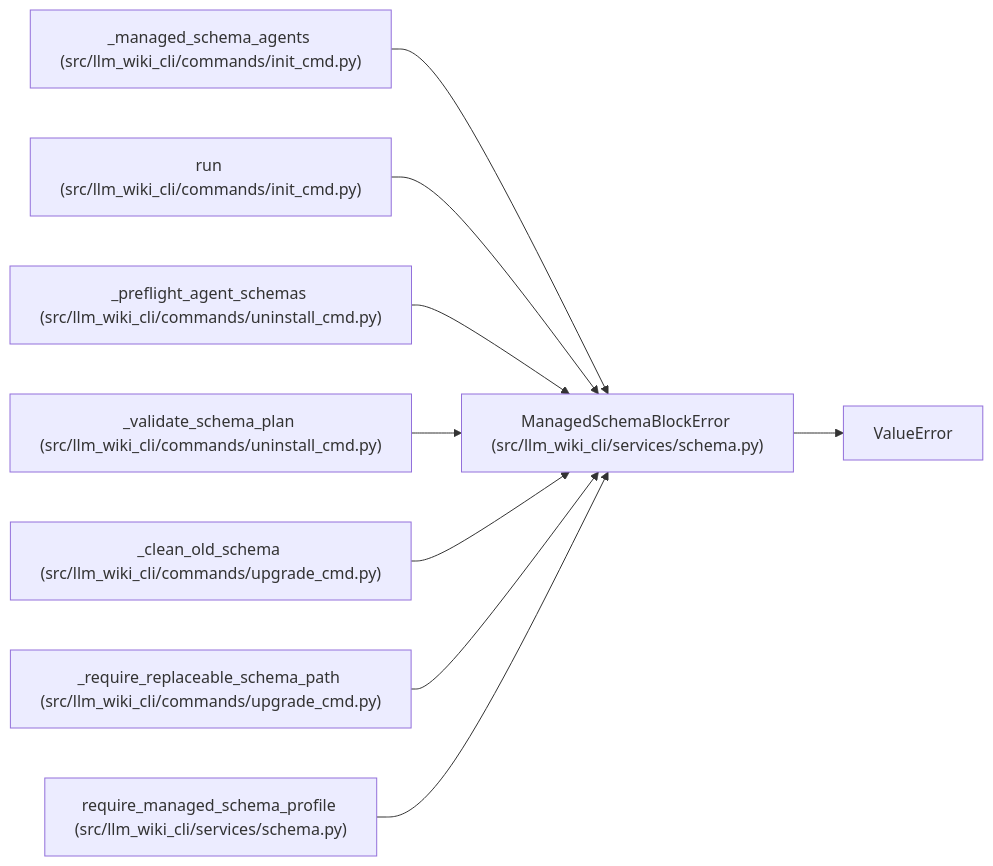
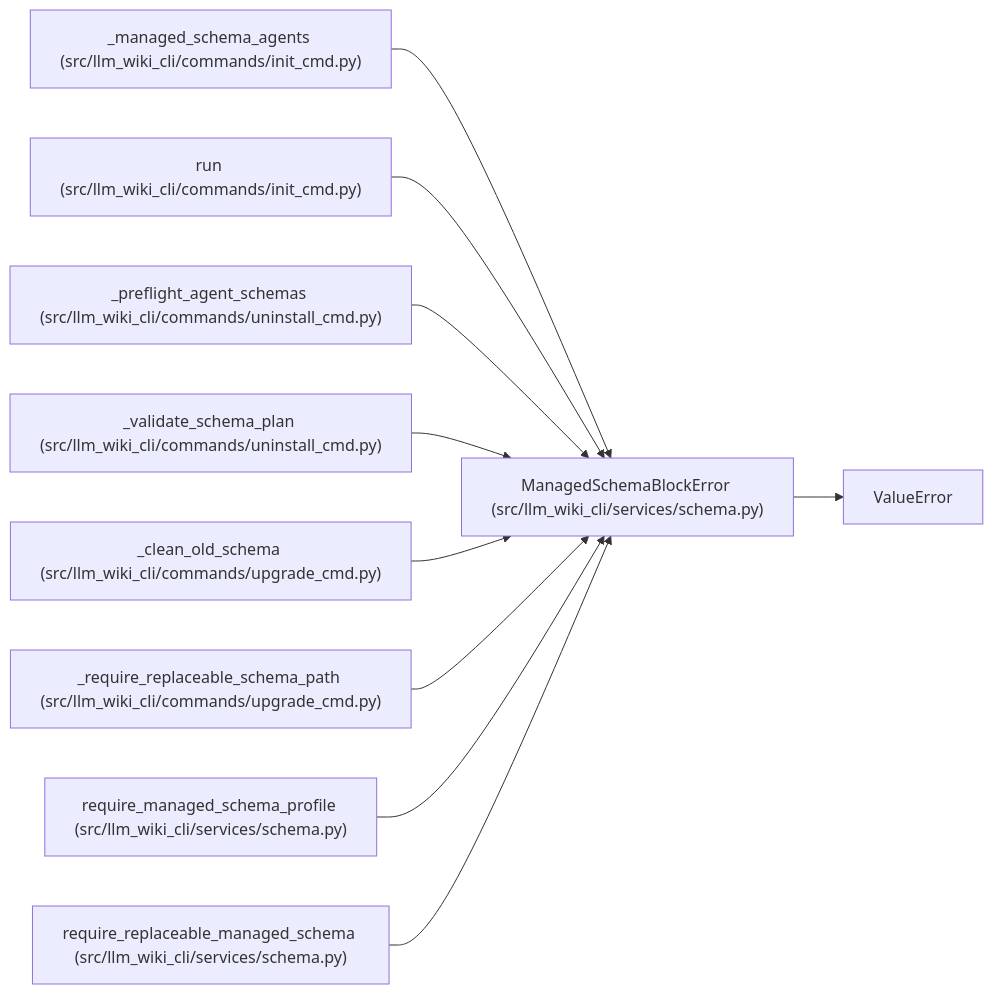
One commit to Denissvgn/python-wiki-llm changed the diagram in docs/llm_wiki/entities/ManagedSchemaBlockError.md. Above: the diagram before and after it, drawn with Mermaid. The commit also changed other lines of this file and 493 other files, not shown here.

````diff
--- a/docs/llm_wiki/entities/ManagedSchemaBlockError.md
+++ b/docs/llm_wiki/entities/ManagedSchemaBlockError.md
@@ -23,28 +23,31 @@
 ```mermaid
 flowchart LR
     n0["ManagedSchemaBlockError (src/llm_wiki_cli/services/schema.py)"]
     n1["ValueError"]
     n2["_managed_schema_agents (src/llm_wiki_cli/commands/init_cmd.py)"]
     n3["run (src/llm_wiki_cli/commands/init_cmd.py)"]
     n4["_preflight_agent_schemas (src/llm_wiki_cli/commands/uninstall_cmd.py)"]
     n5["_validate_schema_plan (src/llm_wiki_cli/commands/uninstall_cmd.py)"]
     n6["_clean_old_schema (src/llm_wiki_cli/commands/upgrade_cmd.py)"]
     n7["_require_replaceable_schema_path (src/llm_wiki_cli/commands/upgrade_cmd.py)"]
     n8["require_managed_schema_profile (src/llm_wiki_cli/services/schema.py)"]
+    n9["require_replaceable_managed_schema (src/llm_wiki_cli/services/schema.py)"]
     n0 --> n1
     n2 --> n0
     n3 --> n0
     n4 --> n0
     n5 --> n0
     n6 --> n0
     n7 --> n0
     n8 --> n0
+    n9 --> n0
     click n0 "../modules/services_schema.md"
     click n2 "../modules/init_cmd.md"
     click n3 "../modules/init_cmd.md"
     click n4 "../modules/uninstall_cmd.md"
     click n5 "../modules/uninstall_cmd.md"
     click n6 "../modules/upgrade_cmd.md"
     click n7 "../modules/upgrade_cmd.md"
     click n8 "../modules/services_schema.md"
+    click n9 "../modules/services_schema.md"
 ```
````
